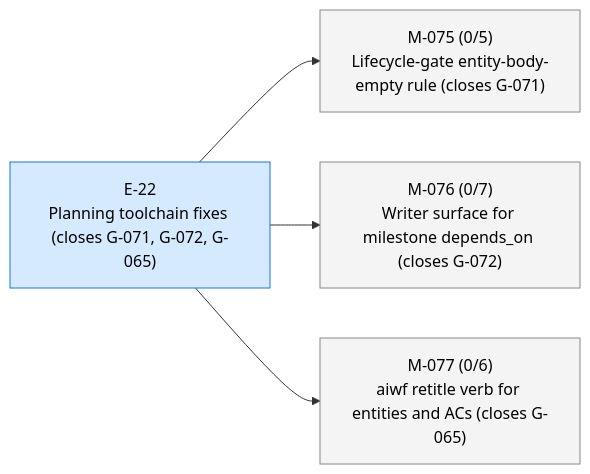
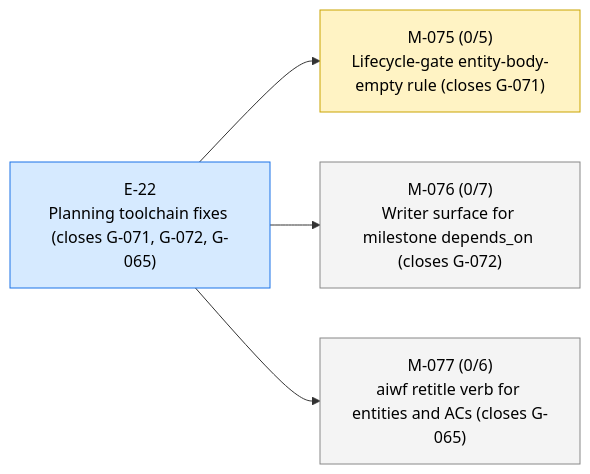
The first of 3 diagrams in STATUS.md (23min/aiwf), drawn with Mermaid before and after one commit. The commit also changed other lines of this file and 1 other file, not shown here.

First line of the commit message:
aiwf promote M-075 draft -> in_progress

````diff
--- a/STATUS.md
+++ b/STATUS.md
@@ -13,16 +13,16 @@
 ```mermaid
 flowchart LR
   E_22["E-22<br/>Planning toolchain fixes (closes G-071, G-072, G-065)"]:::epic_active
-  M_075["M-075 (0/5)<br/>Lifecycle-gate entity-body-empty rule (closes G-071)"]:::ms_draft
+  M_075["M-075 (0/5)<br/>Lifecycle-gate entity-body-empty rule (closes G-071)"]:::ms_in_progress
   E_22 --> M_075
   M_076["M-076 (0/7)<br/>Writer surface for milestone depends_on (closes G-072)"]:::ms_draft
   E_22 --> M_076
   M_077["M-077 (0/6)<br/>aiwf retitle verb for entities and ACs (closes G-065)"]:::ms_draft
   E_22 --> M_077
   classDef epic_active fill:#d6eaff,stroke:#1a73e8,color:#000
   classDef epic_proposed fill:#f4f4f4,stroke:#888,color:#000
   classDef ms_done fill:#d8f5d8,stroke:#2a8a2a,color:#000
   classDef ms_in_progress fill:#fff3c4,stroke:#caa400,color:#000
   classDef ms_draft fill:#f4f4f4,stroke:#888,color:#000
   classDef ms_cancelled fill:#fbeaea,stroke:#c33,color:#000
 ```
````
